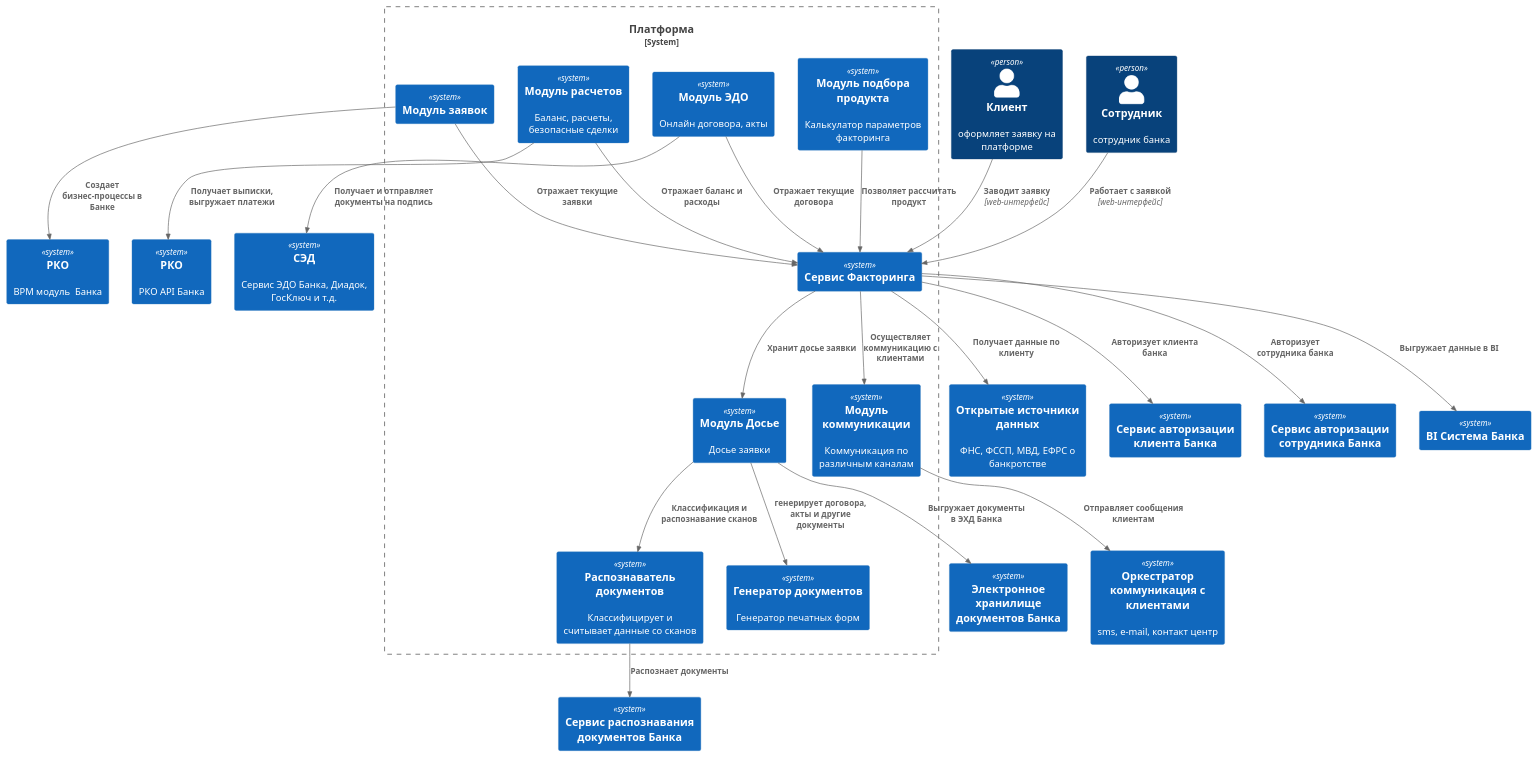
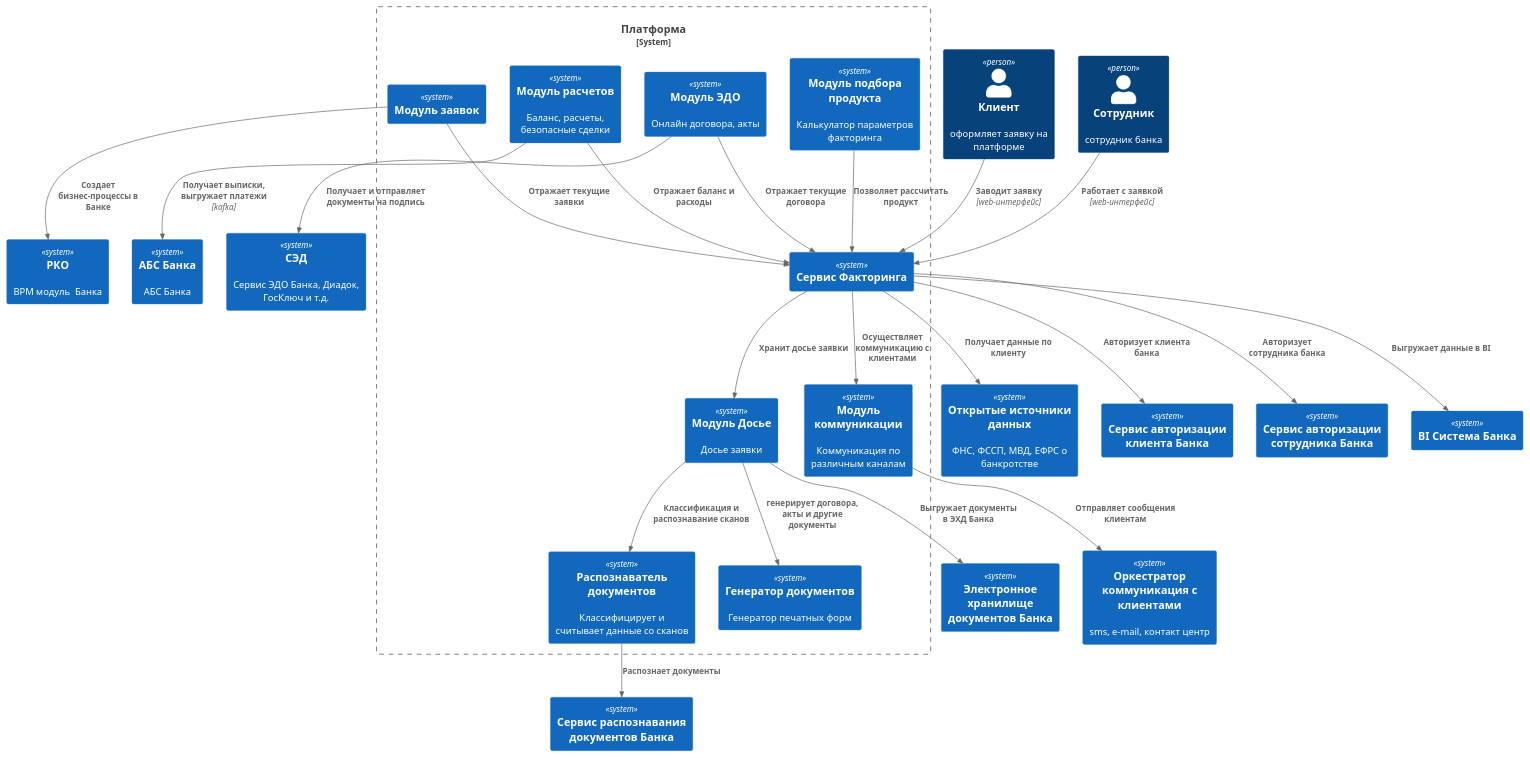
The diagram in docs/arhitecture.puml (iconicompany/factoring), drawn with PlantUML before and after one commit.

Commit message:
АБС через kafka

```diff
--- a/docs/arhitecture.puml
+++ b/docs/arhitecture.puml
@@ -1,79 +1,79 @@
 @startuml
 !include https://raw.githubusercontent.com/plantuml-stdlib/C4-PlantUML/master/C4_Container.puml
 
 Person(customer, "Клиент", "оформляет заявку на платформе")
 Person(manager, "Сотрудник", "сотрудник банка")
 
 System_Boundary(icompanysystem, "Платформа") {
 
 System(cabinet, "Сервис Факторинга", "")
 System(offers, "Модуль заявок", "")
 System(settlemenets, "Модуль расчетов", "Баланс, расчеты, безопасные сделки")
 System(edm, "Модуль ЭДО", "Онлайн договора, акты")
 System(factcalc, "Модуль подбора продукта", "Калькулатор параметров факторинга")
 System(dossier, "Модуль Досье", "Досье заявки")
 
 'System(videochat, "Видеочат", "Собственная разработка")
 
 System(docclassifier, "Распознаватель документов", "Классифицирует и считывает данные со сканов")
 
 System(docgen, "Генератор документов", "Генератор печатных форм")
 
 Rel(customer, cabinet, "Заводит заявку", "web-интерфейс")
 
 Rel(manager, cabinet, "Работает с заявкой", "web-интерфейс")
 
 Rel(settlemenets, cabinet, "Отражает баланс и расходы")
 Rel(edm, cabinet, "Отражает текущие договора")
 Rel(factcalc, cabinet, "Позволяет рассчитать продукт")
 
 System(messaging, "Модуль коммуникации", "Коммуникация по различным каналам")
 Rel(cabinet,messaging,"Осуществляет коммуникацию с клиентами")
 
 Rel(offers, cabinet, "Отражает текущие заявки")
 
 'Rel(manager, factcalc, "Подбирает продукт")
 'Rel(customer,factcalc, "Подбирает продукт")
 
 'Rel(cabinet, videochat, "Видеозвонки из платформы")
 
 Rel(cabinet,dossier,"Хранит досье заявки")
 
 Rel(dossier,docclassifier,"Классификация и распознавание сканов")
 
 Rel(dossier,docgen, "генерирует договора, акты и другие документы")
 
 }
 
 System(sed, "СЭД", "Сервис ЭДО Банка, Диадок, ГосКлюч и т.д.")
 Rel(edm,sed,"Получает и отправляет документы на подпись")
 
-System(rkoapi, "РКО", "РКО API Банка")
+System(absbank, "АБС Банка", "АБС Банка")
 
 System(bpm, "РКО", "BPM модуль  Банка")
 Rel(offers,bpm, "Создает бизнес-процессы в Банке")
 
 System(ehd,"Электронное хранилище документов Банка")
 Rel(dossier,ehd,"Выгружает документы в ЭХД Банка")
 
-Rel(settlemenets, rkoapi,"Получает выписки, выгружает платежи")
+Rel(settlemenets, absbank,"Получает выписки, выгружает платежи", "kafka")
 System(recognition, "Сервис распознавания документов Банка")
 Rel(docclassifier, recognition, "Распознает документы")
 
 
 System(messagingbank, "Оркестратор коммуникация с клиентами", "sms, e-mail, контакт центр")
 Rel(messaging,messagingbank,"Отправляет сообщения клиентам")
 System(opendata,"Открытые источники данных", "ФНС, ФССП, МВД, ЕФРС о банкротстве")
 Rel(cabinet,opendata,"Получает данные по клиенту")
 
 System(oidcbankclient, "Сервис авторизации клиента Банка")
 Rel(cabinet,oidcbankclient,"Авторизует клиента банка")
 
 System(oidcbankstaff, "Сервис авторизации сотрудника Банка")
 Rel(cabinet,oidcbankstaff,"Авторизует сотрудника банка")
 
 
 System(bibank, "BI Система Банка")
 Rel(cabinet,bibank,"Выгружает данные в BI")
 
 @enduml
```
